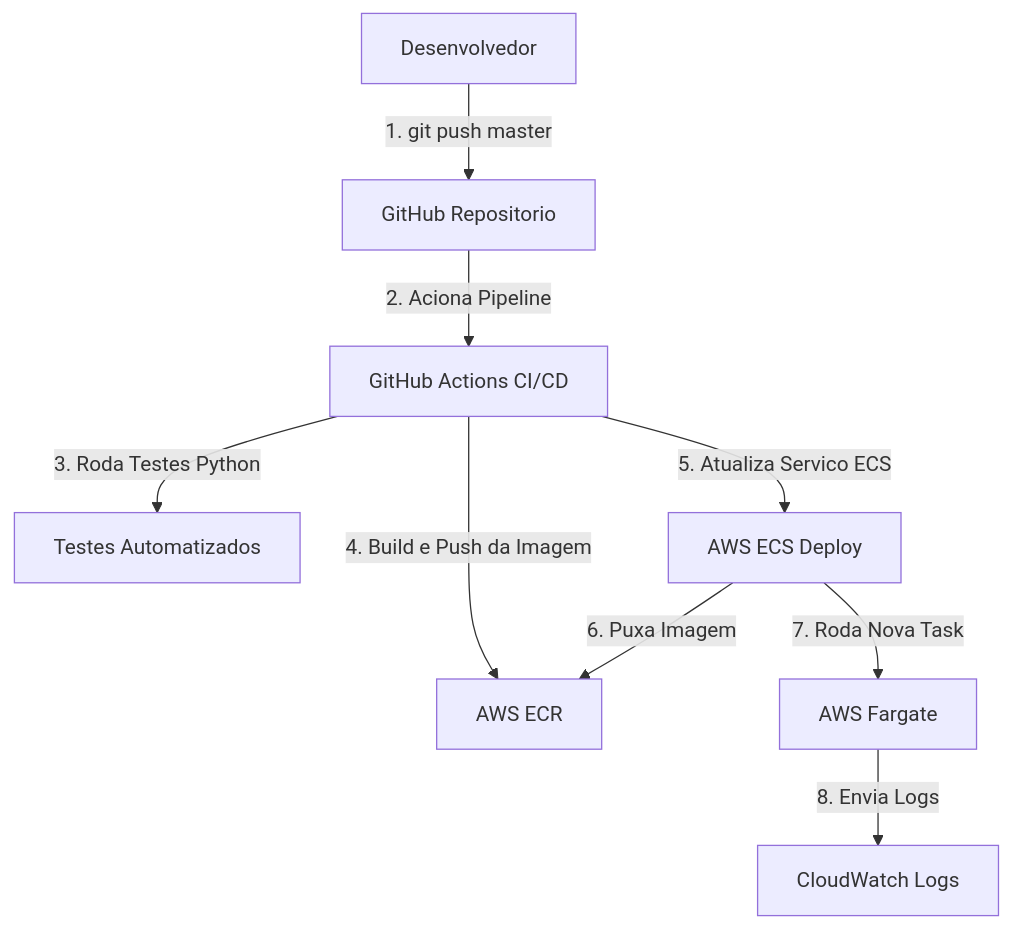
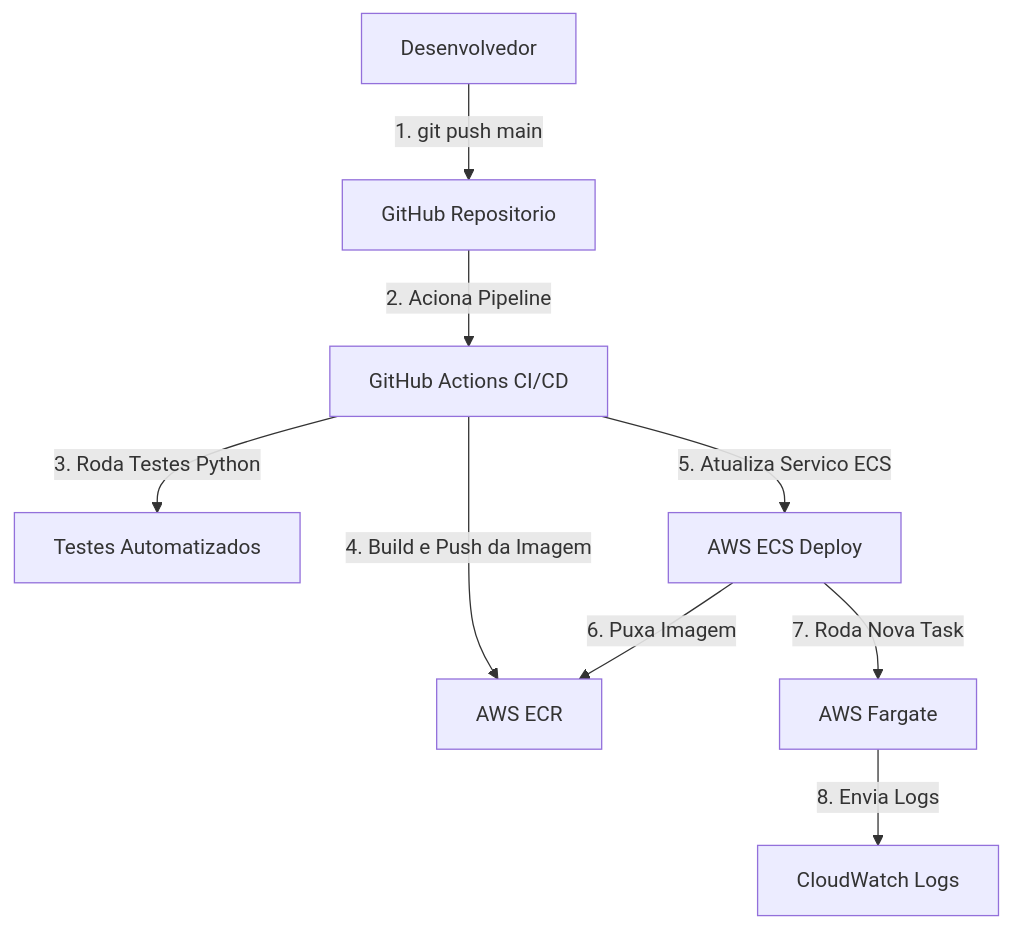
The second of 2 diagrams in readme.md (Arrudadiego/IsCoolGPT-Cloud), drawn with Mermaid before and after one commit. The commit also changed other lines of this file, not shown here.

Commit message:
correcao final readme

````diff
--- a/readme.md
+++ b/readme.md
@@ -41,11 +41,11 @@
 ```mermaid
 flowchart TD
-    A[Desenvolvedor] -->|1. git push master| B[GitHub Repositorio]
+    A[Desenvolvedor] -->|1. git push main| B[GitHub Repositorio]
     B -->|2. Aciona Pipeline| C[GitHub Actions CI/CD]
     C -->|3. Roda Testes Python| D[Testes Automatizados]
     C -->|4. Build e Push da Imagem| E[AWS ECR]
     C -->|5. Atualiza Servico ECS| F[AWS ECS Deploy]
     F -->|6. Puxa Imagem| E
     F -->|7. Roda Nova Task| G[AWS Fargate]
     G -->|8. Envia Logs| H[CloudWatch Logs]
 ```
````
